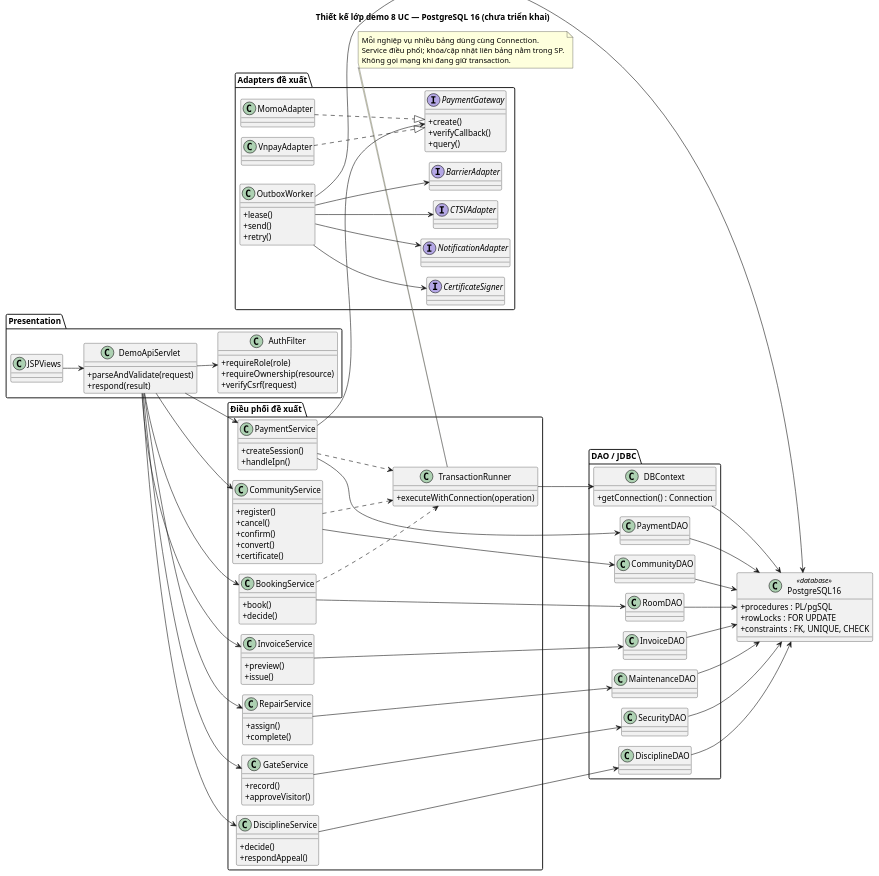
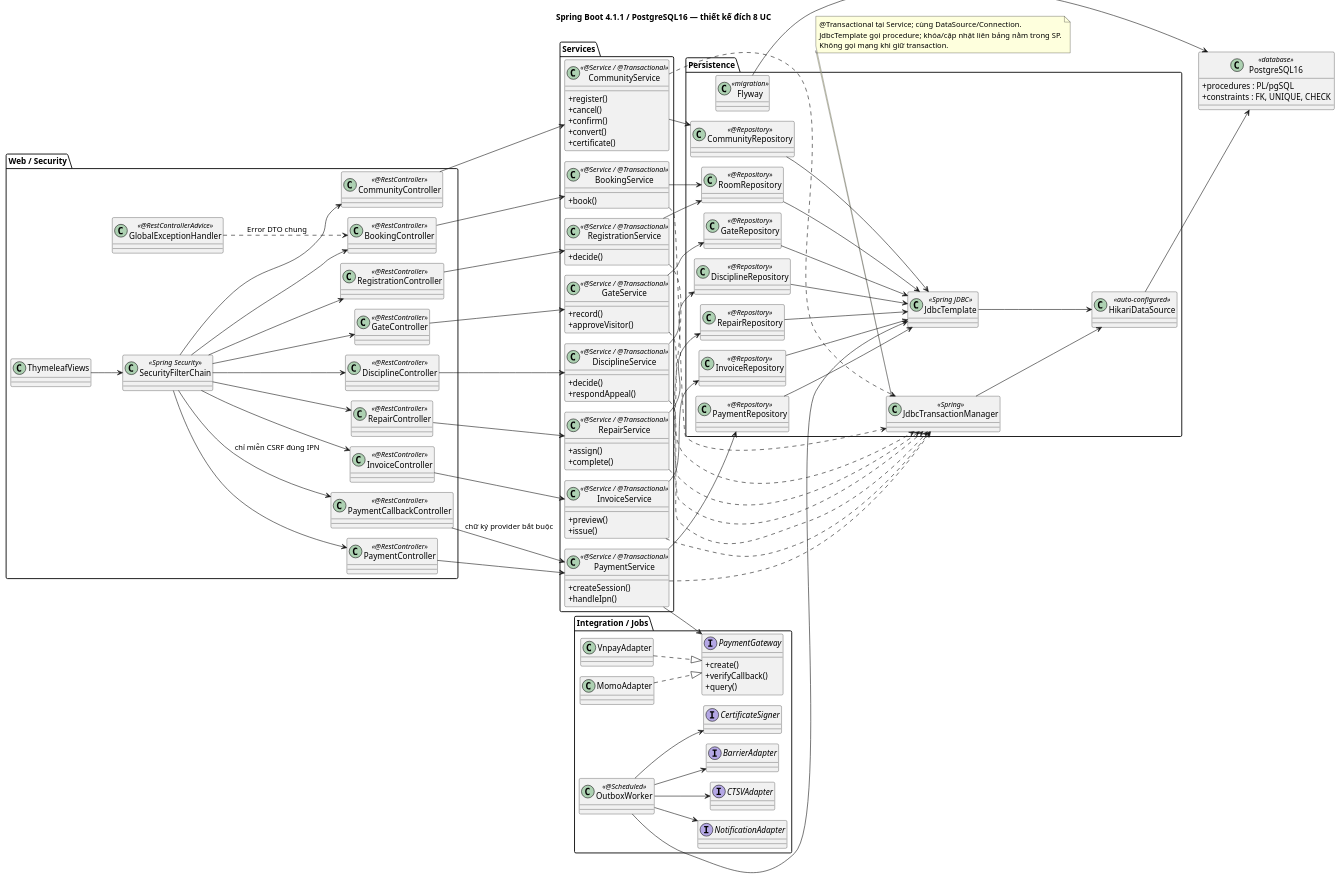
The diagram in docs/demo/class-diagrams/architecture.puml (caohoangphucs/hoc-cnpm), drawn with PlantUML before and after one commit. The commit also changed 38 other files, not shown here.

Commit message:
docs(architecture): migrate demo design to Spring Boot

```diff
--- a/docs/demo/class-diagrams/architecture.puml
+++ b/docs/demo/class-diagrams/architecture.puml
@@ -1,130 +1,146 @@
 @startuml
 !pragma layout smetana
 skinparam classAttributeIconSize 0
 left to right direction
-title Thiết kế lớp demo 8 UC — PostgreSQL 16 (chưa triển khai)
-package "Presentation" {
- class JSPViews
- class AuthFilter {
-  +requireRole(role)
-  +requireOwnership(resource)
-  +verifyCsrf(request)
- }
- class DemoApiServlet {
-  +parseAndValidate(request)
-  +respond(result)
- }
+title Spring Boot 4.1.1 / PostgreSQL16 — thiết kế đích 8 UC
+package "Web / Security" {
+ class ThymeleafViews
+ class SecurityFilterChain <<Spring Security>>
+ class GlobalExceptionHandler <<@RestControllerAdvice>>
+ class BookingController <<@RestController>>
+ class RegistrationController <<@RestController>>
+ class InvoiceController <<@RestController>>
+ class PaymentController <<@RestController>>
+ class RepairController <<@RestController>>
+ class GateController <<@RestController>>
+ class DisciplineController <<@RestController>>
+ class CommunityController <<@RestController>>
+ class PaymentCallbackController <<@RestController>>
 }
-package "Điều phối đề xuất" {
- class BookingService {
+package "Services" {
+ class BookingService <<@Service / @Transactional>> {
  +book()
+}
+ class RegistrationService <<@Service / @Transactional>> {
  +decide()
 }
- class InvoiceService {
+ class InvoiceService <<@Service / @Transactional>> {
  +preview()
  +issue()
 }
- class PaymentService {
+ class PaymentService <<@Service / @Transactional>> {
  +createSession()
  +handleIpn()
 }
- class RepairService {
+ class RepairService <<@Service / @Transactional>> {
  +assign()
  +complete()
 }
- class GateService {
+ class GateService <<@Service / @Transactional>> {
  +record()
  +approveVisitor()
 }
- class DisciplineService {
+ class DisciplineService <<@Service / @Transactional>> {
  +decide()
  +respondAppeal()
 }
- class CommunityService {
+ class CommunityService <<@Service / @Transactional>> {
  +register()
  +cancel()
  +confirm()
  +convert()
  +certificate()
 }
- class TransactionRunner {
- +executeWithConnection(operation)
 }
+package "Persistence" {
+ class RoomRepository <<@Repository>>
+ class InvoiceRepository <<@Repository>>
+ class PaymentRepository <<@Repository>>
+ class RepairRepository <<@Repository>>
+ class GateRepository <<@Repository>>
+ class DisciplineRepository <<@Repository>>
+ class CommunityRepository <<@Repository>>
+ class JdbcTemplate <<Spring JDBC>>
+ class JdbcTransactionManager <<Spring>>
+ class HikariDataSource <<auto-configured>>
+ class Flyway <<migration>>
 }
-package "DAO / JDBC" {
- class RoomDAO
- class InvoiceDAO
- class PaymentDAO
- class MaintenanceDAO
- class SecurityDAO
- class DisciplineDAO
- class CommunityDAO
- class DBContext {
- +getConnection() : Connection
-}
-}
-package "Adapters đề xuất" {
+package "Integration / Jobs" {
  interface PaymentGateway {
- +create()
- +verifyCallback()
- +query()
-}
+  +create()
+  +verifyCallback()
+  +query()
+ }
  class VnpayAdapter
  class MomoAdapter
- class OutboxWorker {
- +lease()
- +send()
- +retry()
-}
+ class OutboxWorker <<@Scheduled>>
  interface NotificationAdapter
  interface CTSVAdapter
  interface BarrierAdapter
  interface CertificateSigner
 }
 class PostgreSQL16 <<database>> {
  +procedures : PL/pgSQL
- +rowLocks : FOR UPDATE
  +constraints : FK, UNIQUE, CHECK
 }
-JSPViews --> DemoApiServlet
-DemoApiServlet --> AuthFilter
-DemoApiServlet --> BookingService
-DemoApiServlet --> InvoiceService
-DemoApiServlet --> PaymentService
-DemoApiServlet --> RepairService
-DemoApiServlet --> GateService
-DemoApiServlet --> DisciplineService
-DemoApiServlet --> CommunityService
-BookingService --> RoomDAO
-InvoiceService --> InvoiceDAO
-PaymentService --> PaymentDAO
+ThymeleafViews --> SecurityFilterChain
+SecurityFilterChain --> BookingController
+BookingController --> BookingService
+BookingService --> RoomRepository
+BookingService ..> JdbcTransactionManager
+SecurityFilterChain --> RegistrationController
+RegistrationController --> RegistrationService
+RegistrationService --> RoomRepository
+RegistrationService ..> JdbcTransactionManager
+SecurityFilterChain --> InvoiceController
+InvoiceController --> InvoiceService
+InvoiceService --> InvoiceRepository
+InvoiceService ..> JdbcTransactionManager
+SecurityFilterChain --> PaymentController
+PaymentController --> PaymentService
+PaymentService --> PaymentRepository
+PaymentService ..> JdbcTransactionManager
+SecurityFilterChain --> RepairController
+RepairController --> RepairService
+RepairService --> RepairRepository
+RepairService ..> JdbcTransactionManager
+SecurityFilterChain --> GateController
+GateController --> GateService
+GateService --> GateRepository
+GateService ..> JdbcTransactionManager
+SecurityFilterChain --> DisciplineController
+DisciplineController --> DisciplineService
+DisciplineService --> DisciplineRepository
+DisciplineService ..> JdbcTransactionManager
+SecurityFilterChain --> CommunityController
+CommunityController --> CommunityService
+CommunityService --> CommunityRepository
+CommunityService ..> JdbcTransactionManager
+RoomRepository --> JdbcTemplate
+InvoiceRepository --> JdbcTemplate
+PaymentRepository --> JdbcTemplate
+RepairRepository --> JdbcTemplate
+GateRepository --> JdbcTemplate
+DisciplineRepository --> JdbcTemplate
+CommunityRepository --> JdbcTemplate
+SecurityFilterChain --> PaymentCallbackController : chỉ miễn CSRF đúng IPN
+PaymentCallbackController --> PaymentService : chữ ký provider bắt buộc
 PaymentService --> PaymentGateway
-RepairService --> MaintenanceDAO
-GateService --> SecurityDAO
-DisciplineService --> DisciplineDAO
-CommunityService --> CommunityDAO
-BookingService ..> TransactionRunner
-PaymentService ..> TransactionRunner
-CommunityService ..> TransactionRunner
-TransactionRunner --> DBContext
-DBContext --> PostgreSQL16
-RoomDAO --> PostgreSQL16
-InvoiceDAO --> PostgreSQL16
-PaymentDAO --> PostgreSQL16
-MaintenanceDAO --> PostgreSQL16
-SecurityDAO --> PostgreSQL16
-DisciplineDAO --> PostgreSQL16
-CommunityDAO --> PostgreSQL16
 VnpayAdapter ..|> PaymentGateway
 MomoAdapter ..|> PaymentGateway
-OutboxWorker --> PostgreSQL16
+JdbcTemplate --> HikariDataSource
+JdbcTransactionManager --> HikariDataSource
+HikariDataSource --> PostgreSQL16
+Flyway --> PostgreSQL16
+OutboxWorker --> JdbcTemplate
 OutboxWorker --> NotificationAdapter
 OutboxWorker --> CTSVAdapter
 OutboxWorker --> BarrierAdapter
 OutboxWorker --> CertificateSigner
-note bottom of TransactionRunner
- Mỗi nghiệp vụ nhiều bảng dùng cùng Connection.
- Service điều phối; khóa/cập nhật liên bảng nằm trong SP.
- Không gọi mạng khi đang giữ transaction.
+GlobalExceptionHandler ..> BookingController : Error DTO chung
+note bottom of JdbcTransactionManager
+ @Transactional tại Service; cùng DataSource/Connection.
+ JdbcTemplate gọi procedure; khóa/cập nhật liên bảng nằm trong SP.
+ Không gọi mạng khi giữ transaction.
 end note
 @enduml
```
